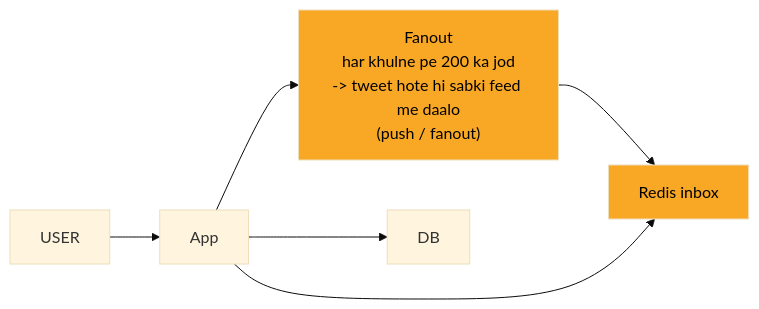
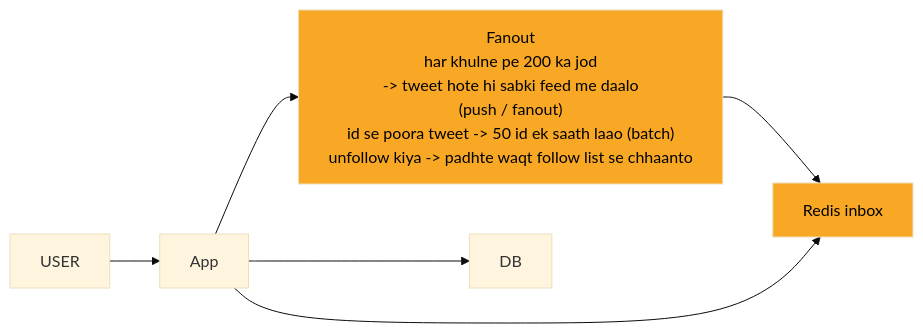
Before and after one commit to ArpanMaheshwari144/Prep: the second of 12 diagrams in 04_HLD/SYSTEM_DESIGNS/03_twitter_feed/03_twitter_feed.md, drawn with Mermaid (base theme). The commit also changed other lines of this file and 12 other files, not shown here.

Commit message:
hld 02-14: peele dabbe me SAFAR ke mod + diagram chauda (wrappingWidth 450)

````diff
--- a/04_HLD/SYSTEM_DESIGNS/03_twitter_feed/03_twitter_feed.md
+++ b/04_HLD/SYSTEM_DESIGNS/03_twitter_feed/03_twitter_feed.md
@@ -103,15 +104,16 @@
 ```mermaid
+%%{init: {"flowchart": {"wrappingWidth": 450}}}%%
 flowchart LR
     n_USER["USER"]
     n_App["App"]
-    n_Fanout["Fanout<br/>har khulne pe 200 ka jod<br/>-> tweet hote hi sabki feed me daalo<br/>(push / fanout)"]
+    n_Fanout["Fanout<br/>har khulne pe 200 ka jod<br/>-> tweet hote hi sabki feed me daalo<br/>(push / fanout)<br/>id se poora tweet -> 50 id ek saath laao (batch)<br/>unfollow kiya -> padhte waqt follow list se chhaanto"]
     n_Redis_inbox["Redis inbox"]
     n_DB["DB"]
     n_USER --> n_App
     n_App --> n_Fanout
     n_App --> n_DB
     n_Fanout --> n_Redis_inbox
     n_App --> n_Redis_inbox
     style n_Fanout fill:#f9a825,color:#000
     style n_Redis_inbox fill:#f9a825,color:#000
 ```
````
